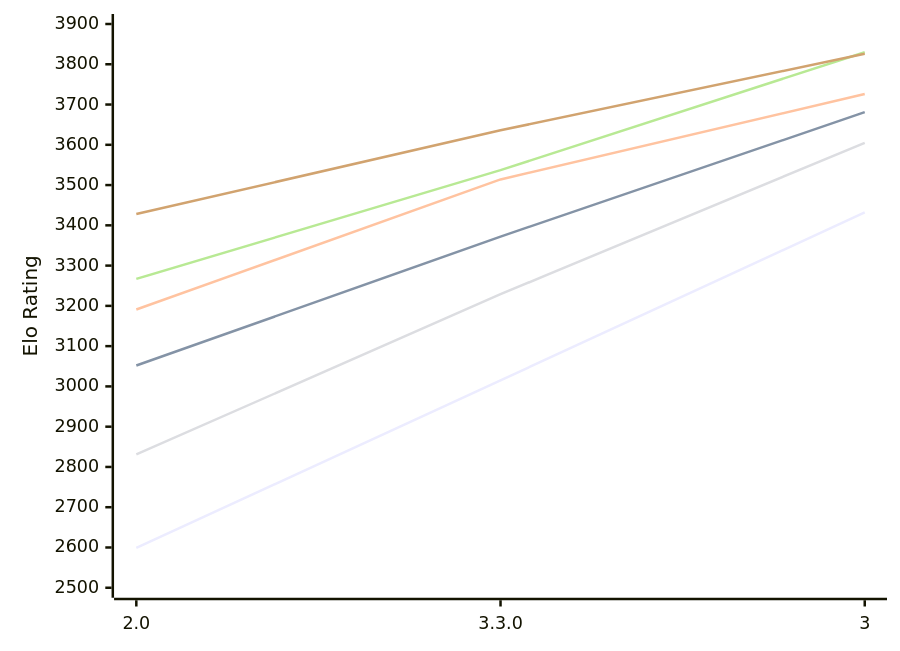
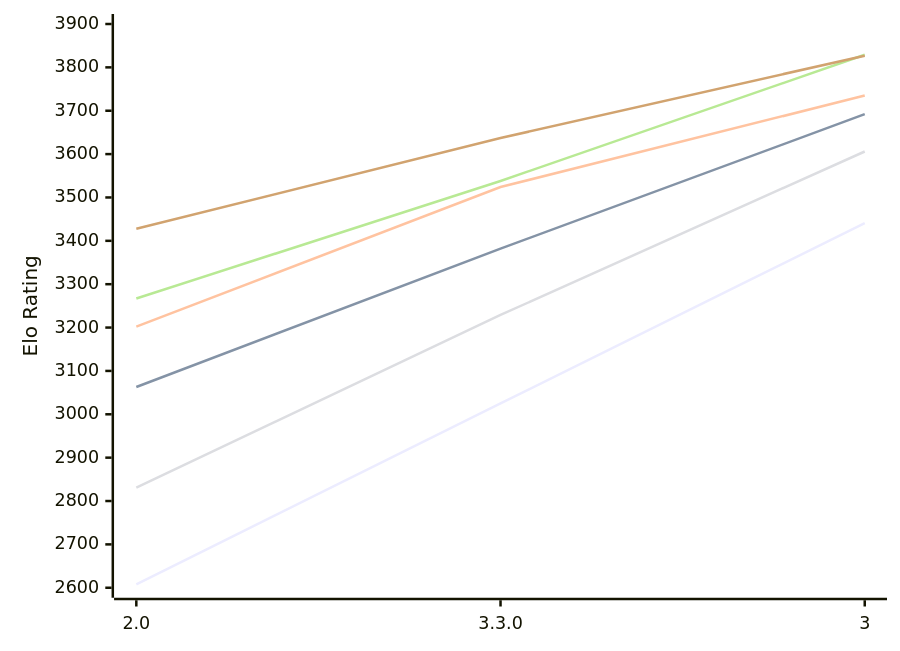
Before and after one commit to computer-chess-index/cci: the diagram in engines/Ravager.md, drawn with Mermaid. The commit also changed other lines of this file, not shown here.

Commit message:
Update CCI Ratings (ELO VLTC) - 2026-11-07

````diff
--- a/engines/Ravager.md
+++ b/engines/Ravager.md
@@ -51,12 +51,12 @@
 ```mermaid
 %%{init: {"theme":"base","themeVariables":{"seriesColors:['#a3a3a3','#222221','#faa371']}}}%%
 xychart-beta
   x-axis ["2.0", "3.3.0", "3"]
-  y-axis "Elo Rating" 2500 --> 3900
-  line "E1: STC (8.0+0.08s)" [2599, 3015, 3432]
-  line "E1: LTC (60.0+0.60s)" [3052, 3372, 3681]
-  line "E1: VLTC (2m24s+1.12s)" [3191, 3514, 3726]
-  line "P1: STC (8.0+0.08s)" [2831, 3229, 3605]
-  line "P1: LTC (60.0+0.60s)" [3267, 3537, 3830]
-  line "P1: VLTC (2m24s+1.12s)" [3428, 3636, 3826]
+  y-axis "Elo Rating" 2600 --> 3900
+  line "E1: STC (8.0+0.08s)" [2608, 3025, 3441]
+  line "E1: LTC (60.0+0.60s)" [3063, 3382, 3692]
+  line "E1: VLTC (2m24s+1.12s)" [3202, 3524, 3735]
+  line "P1: STC (8.0+0.08s)" [2831, 3229, 3606]
+  line "P1: LTC (60.0+0.60s)" [3267, 3538, 3829]
+  line "P1: VLTC (2m24s+1.12s)" [3428, 3637, 3827]
 ```
````
